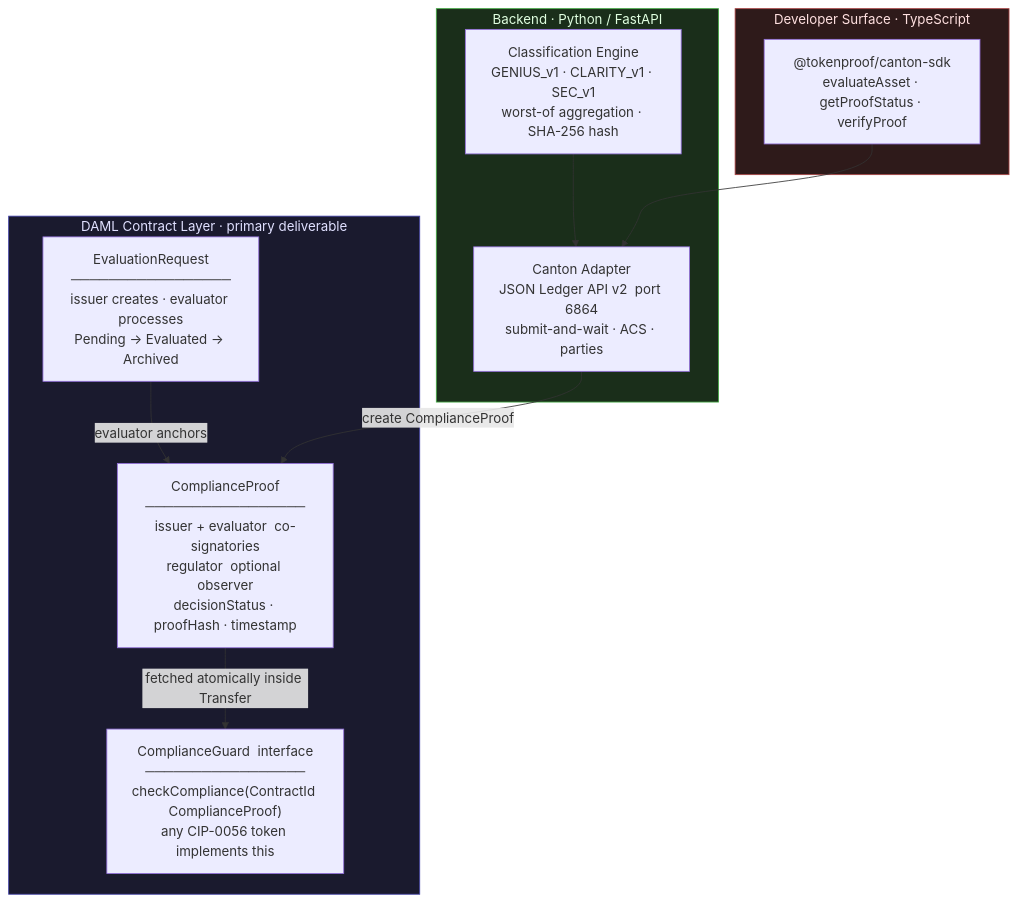
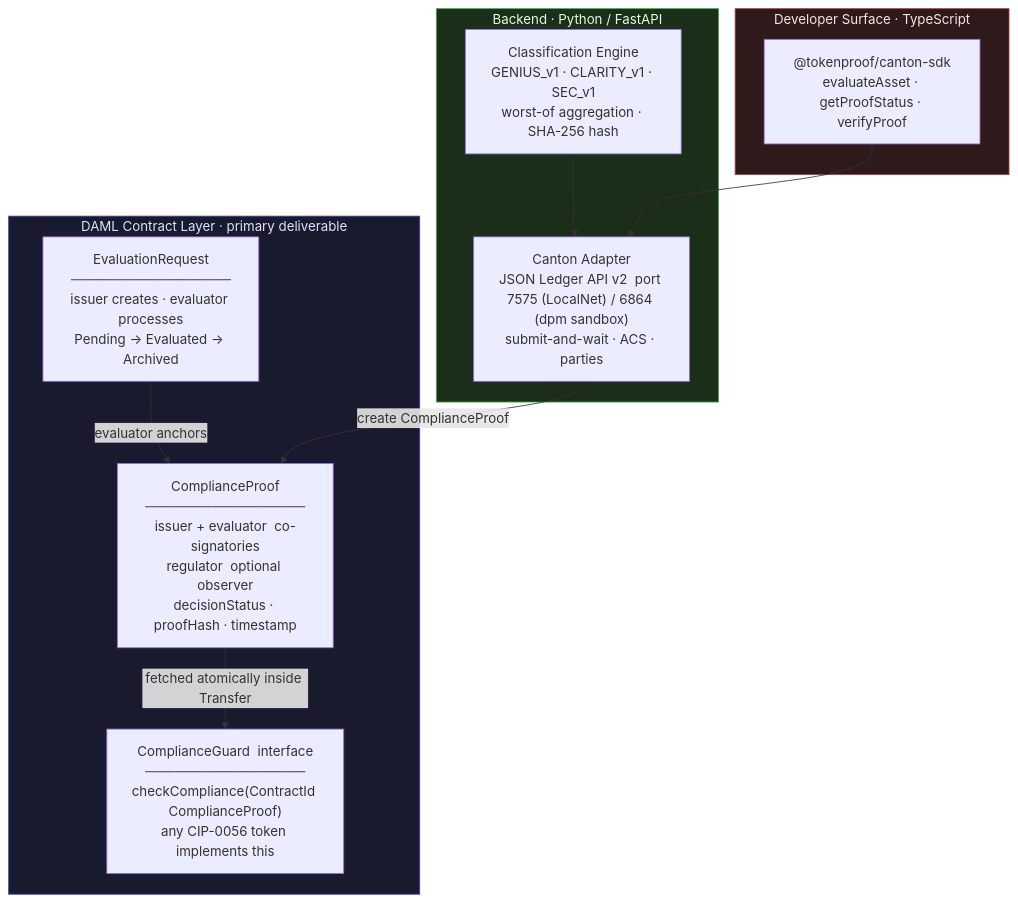
One commit to Compliledger/canton_tokenproof changed the third of 4 diagrams in README.md. Above: the diagram before and after it, drawn with Mermaid. The commit also changed other lines of this file and 13 other files, not shown here.

````diff
--- a/README.md
+++ b/README.md
@@ -63,27 +63,27 @@
 ```mermaid
 graph TD
     subgraph DAML["DAML Contract Layer  ·  primary deliverable"]
         CP["ComplianceProof\n─────────────────\nissuer + evaluator  co-signatories\nregulator  optional observer\ndecisionStatus · proofHash · timestamp"]
         CG["ComplianceGuard  interface\n─────────────────\ncheckCompliance(ContractId ComplianceProof)\nany CIP-0056 token implements this"]
         ER["EvaluationRequest\n─────────────────\nissuer creates · evaluator processes\nPending → Evaluated → Archived"]
     end
 
     subgraph BE["Backend  ·  Python / FastAPI"]
         ENG["Classification Engine\nGENIUS_v1 · CLARITY_v1 · SEC_v1\nworst-of aggregation · SHA-256 hash"]
-        ADP["Canton Adapter\nJSON Ledger API v2  port 6864\nsubmit-and-wait · ACS · parties"]
+        ADP["Canton Adapter\nJSON Ledger API v2  port 7575 (LocalNet) / 6864 (dpm sandbox)\nsubmit-and-wait · ACS · parties"]
     end
 
     subgraph SDK["Developer Surface  ·  TypeScript"]
         TSDK["@tokenproof/canton-sdk\nevaluateAsset · getProofStatus · verifyProof"]
     end
 
     ER -->|evaluator anchors| CP
     CP -->|fetched atomically inside Transfer| CG
     ENG --> ADP
     ADP -->|create ComplianceProof| CP
     TSDK --> ADP
 
     style DAML fill:#1a1a2e,color:#e0e0ff,stroke:#4444aa
     style BE fill:#1a2e1a,color:#e0ffe0,stroke:#44aa44
     style SDK fill:#2e1a1a,color:#ffe0e0,stroke:#aa4444
 ```
````
